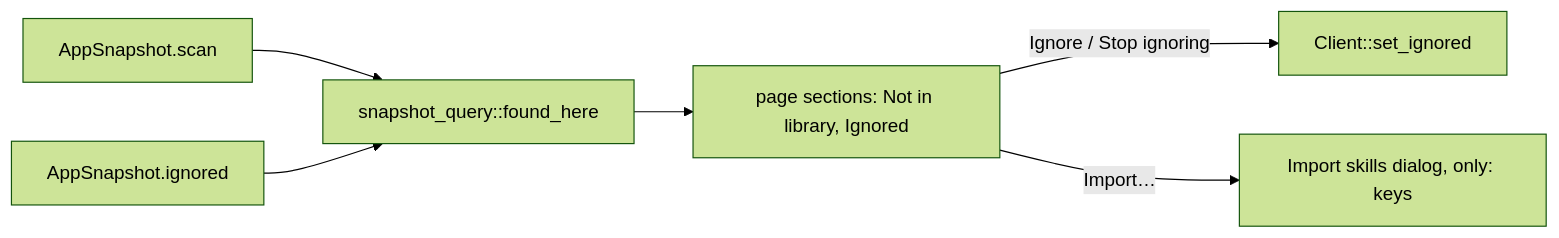
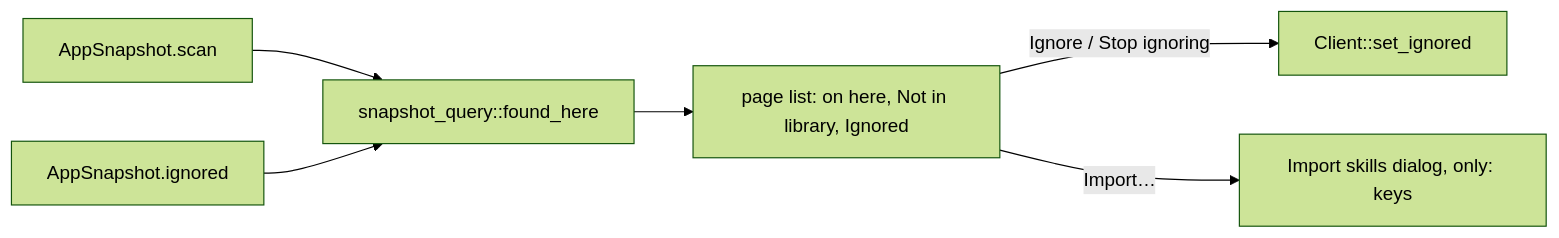
One commit to mastro993/SkillBinder changed the diagram in docs/specs/found-skills-on-pages.md. Above: the diagram before and after it, drawn with Mermaid (forest theme). The commit also changed other lines of this file and 32 other files, not shown here.

First line of the commit message:
feat: workspace and agent pages list found skills not in library and ignored skills (#269)

````diff
--- a/docs/specs/found-skills-on-pages.md
+++ b/docs/specs/found-skills-on-pages.md
@@ -68,8 +68,8 @@
 ```mermaid
 flowchart LR
   SC[AppSnapshot.scan] --> Q[snapshot_query::found_here]
   I[AppSnapshot.ignored] --> Q
-  Q --> P[page sections: Not in library, Ignored]
+  Q --> P[page list: on here, Not in library, Ignored]
   P -- Ignore / Stop ignoring --> SI[Client::set_ignored]
   P -- Import… --> D[Import skills dialog, only: keys]
 ```
````
